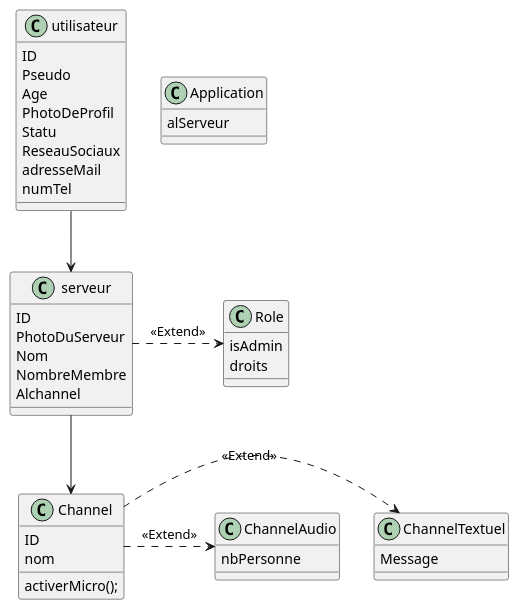
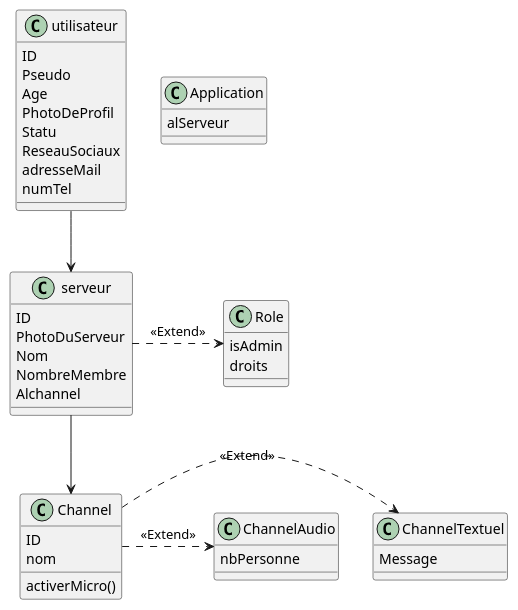
One commit to IUT-Blagnac/bcoo-retro2021-bcoo-retro2021-g16 changed the diagram in discord.plantuml. Above: the diagram before and after it, drawn with PlantUML.

```diff
--- a/discord.plantuml
+++ b/discord.plantuml
@@ -1,51 +1,51 @@
 @startuml
 
 class utilisateur {
   ID
   Pseudo 
   Age 
   PhotoDeProfil
   Statu
   ReseauSociaux
   adresseMail
   numTel
 }
 
 class serveur {
   ID
   PhotoDuServeur
   Nom
   NombreMembre
   Alchannel 
 }
 
 class Role {
   isAdmin
   droits
 }
 
 class Channel {
   ID
   nom
-  activerMicro();
+  activerMicro()
 }
 
 class ChannelAudio{
   nbPersonne
 }
 
 class ChannelTextuel{
   Message
 }
 
 class Application {
  alServeur
 }
 
 utilisateur --> serveur
 serveur .> Role : <<Extend>>
 serveur --> Channel
 Channel .> ChannelTextuel : <<Extend>>
 Channel .> ChannelAudio : <<Extend>>
 
 @enduml
```
